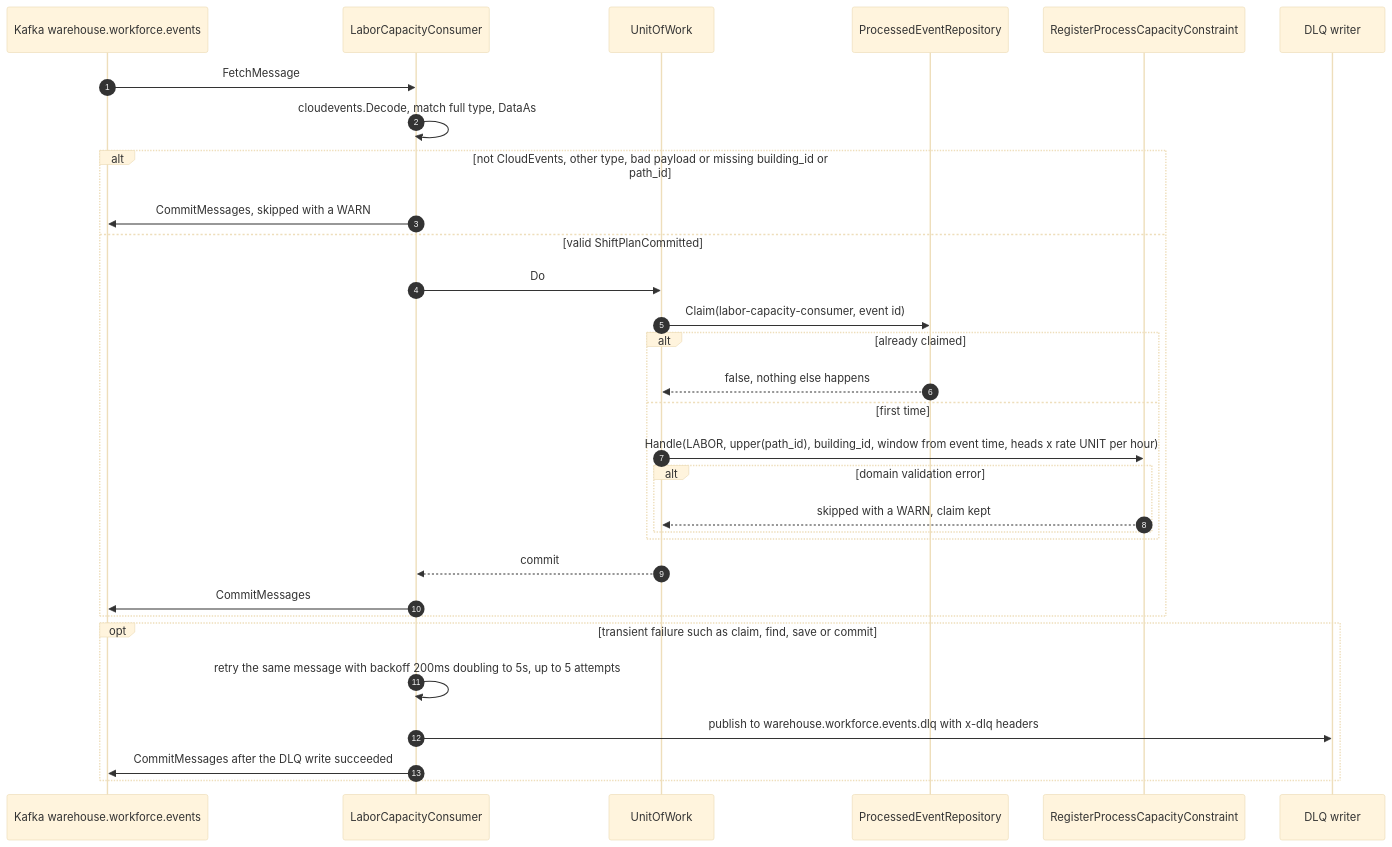
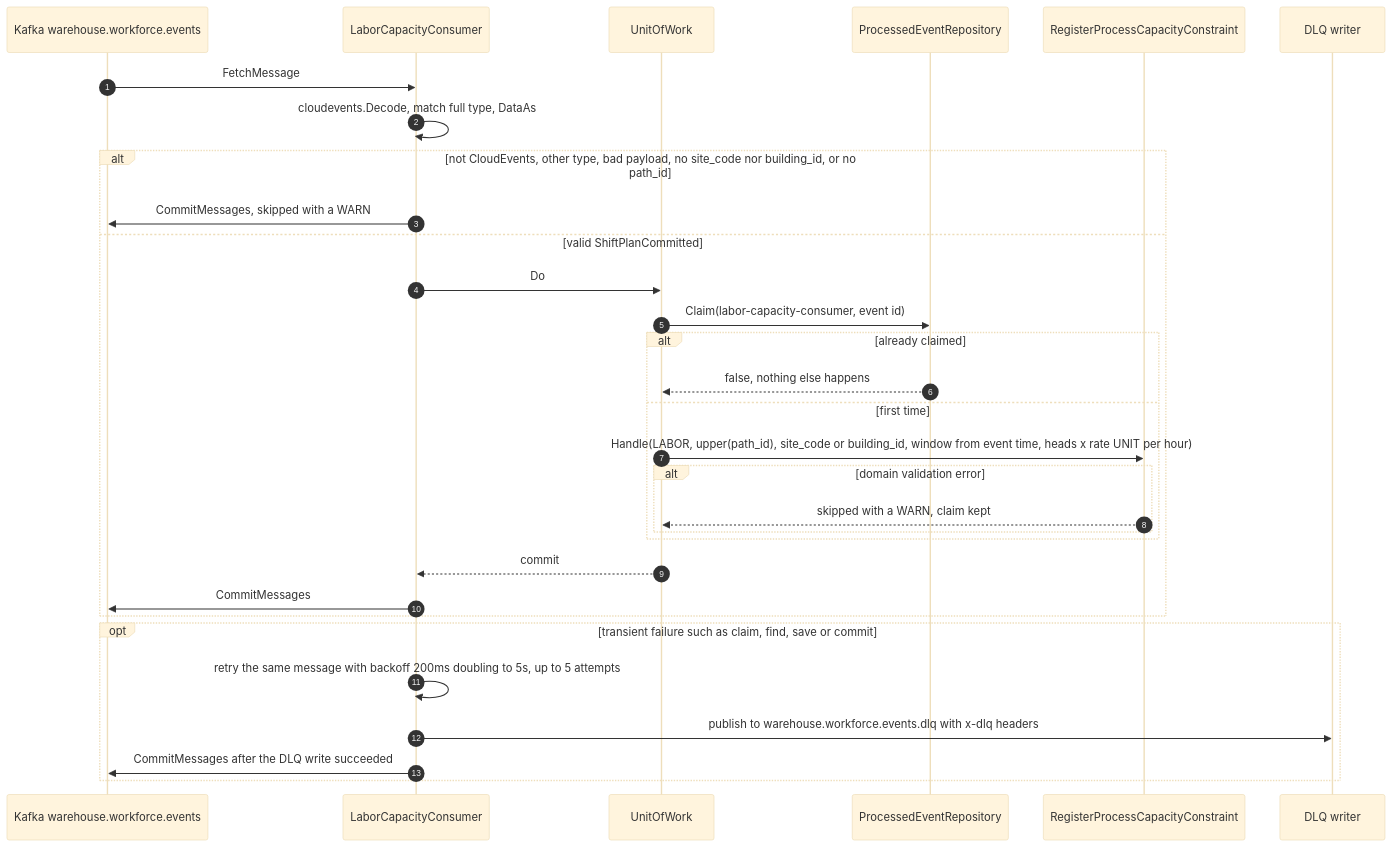
One commit to IQVO/warehouse-planning changed the second of 9 diagrams in docs/docs/ddd/sequence-diagrams.md. Above: the diagram before and after it, drawn with Mermaid (base theme). The commit also changed other lines of this file and 36 other files, not shown here.

First line of the commit message:
feat(demand): attribute orders to the event's own site_id; labour reads site_code (ADR 0021)

````diff
--- a/docs/docs/ddd/sequence-diagrams.md
+++ b/docs/docs/ddd/sequence-diagrams.md
@@ -69,33 +69,33 @@
 ```mermaid
 sequenceDiagram
   autonumber
   participant K as Kafka warehouse.workforce.events
   participant L as LaborCapacityConsumer
   participant U as UnitOfWork
   participant P as ProcessedEventRepository
   participant UC as RegisterProcessCapacityConstraint
   participant D as DLQ writer
   K->>L: FetchMessage
   L->>L: cloudevents.Decode, match full type, DataAs
-  alt not CloudEvents, other type, bad payload or missing building_id or path_id
+  alt not CloudEvents, other type, bad payload, no site_code nor building_id, or no path_id
     L->>K: CommitMessages, skipped with a WARN
   else valid ShiftPlanCommitted
     L->>U: Do
     U->>P: Claim(labor-capacity-consumer, event id)
     alt already claimed
       P-->>U: false, nothing else happens
     else first time
-      U->>UC: Handle(LABOR, upper(path_id), building_id, window from event time, heads x rate UNIT per hour)
+      U->>UC: Handle(LABOR, upper(path_id), site_code or building_id, window from event time, heads x rate UNIT per hour)
       alt domain validation error
         UC-->>U: skipped with a WARN, claim kept
       end
     end
     U-->>L: commit
     L->>K: CommitMessages
   end
   opt transient failure such as claim, find, save or commit
     L->>L: retry the same message with backoff 200ms doubling to 5s, up to 5 attempts
     L->>D: publish to warehouse.workforce.events.dlq with x-dlq headers
     L->>K: CommitMessages after the DLQ write succeeded
   end
 ```
````
